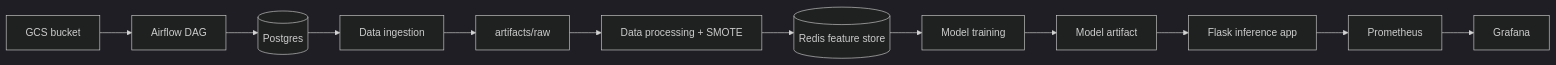
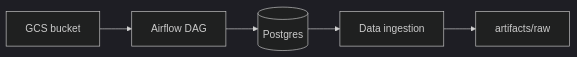
Before and after one commit to Ch3rry-Pi3-AI/MLOps-Titanic-Survival: the first of 3 diagrams in README.md, drawn with Mermaid (dark theme). The commit also changed other lines of this file, not shown here.

````diff
--- a/README.md
+++ b/README.md
@@ -5,14 +8,7 @@
 ```mermaid
 flowchart LR
     GCS[GCS bucket] --> AF[Airflow DAG]
     AF --> PG[(Postgres)]
     PG --> DI[Data ingestion]
     DI --> RAW[artifacts/raw]
-    RAW --> DP[Data processing + SMOTE]
-    DP --> Redis[(Redis feature store)]
-    Redis --> MT[Model training]
-    MT --> Model[Model artifact]
-    Model --> API[Flask inference app]
-    API --> Prom[Prometheus]
-    Prom --> Grafana
 ```
````
